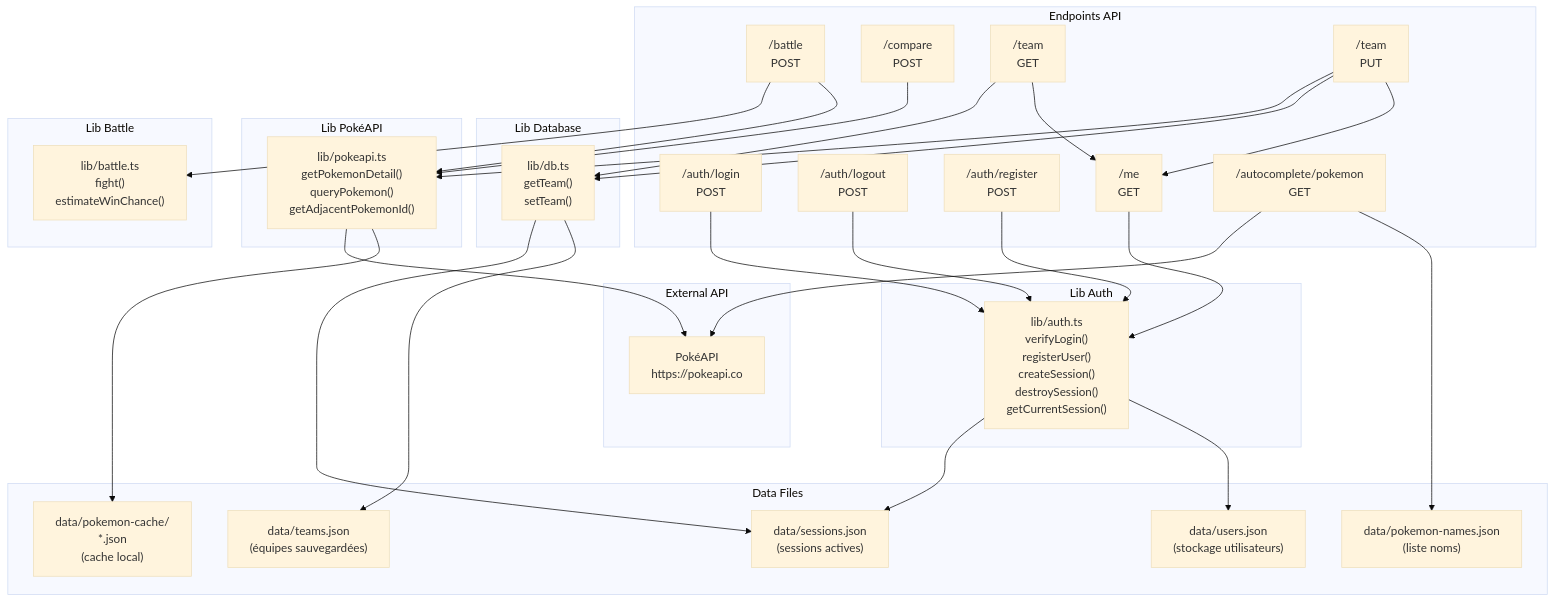
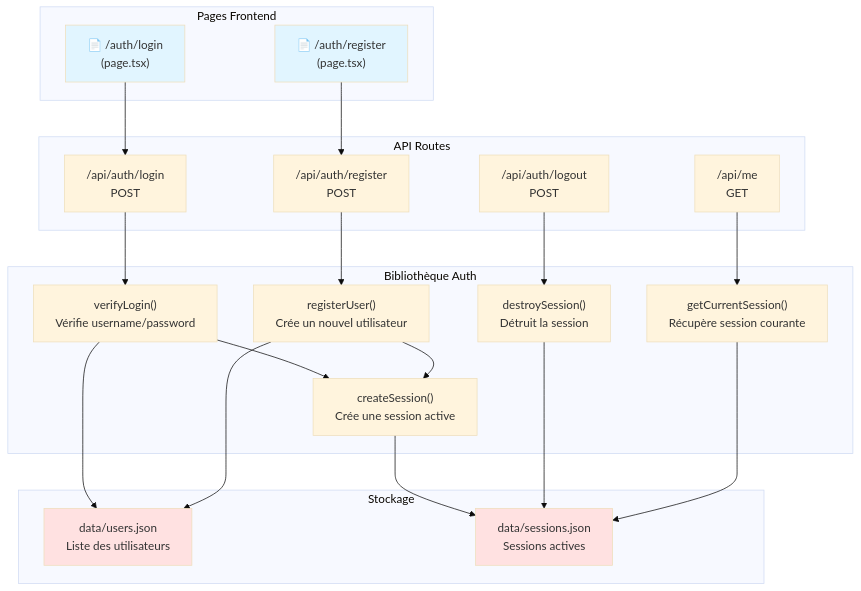
One commit to Thibault-megard1/pokedex-ai-v2 changed the first of 7 diagrams in README.md. Above: the diagram before and after it, drawn with Mermaid (base theme). The commit also changed other lines of this file, not shown here.

Commit message:
feat: enhance README.md with detailed architecture diagrams and authentication flow

````diff
--- a/README.md
+++ b/README.md
@@ -44,70 +49,49 @@
 ```mermaid
 graph TB
-    subgraph "Endpoints API"
-        LOGIN["/auth/login<br/>POST"]
-        LOGOUT["/auth/logout<br/>POST"]
-        REGISTER["/auth/register<br/>POST"]
-        ME["/me<br/>GET"]
-        AUTOCOMPLETE["/autocomplete/pokemon<br/>GET"]
-        BATTLE["/battle<br/>POST"]
-        COMPARE["/compare<br/>POST"]
-        TEAM_GET["/team<br/>GET"]
-        TEAM_PUT["/team<br/>PUT"]
+    subgraph "Pages Frontend"
+        LOGIN_PAGE["📄 /auth/login<br/>(page.tsx)"]
+        REGISTER_PAGE["📄 /auth/register<br/>(page.tsx)"]
     end
 
-    subgraph "Lib Auth"
-        AUTH["lib/auth.ts<br/>verifyLogin()<br/>registerUser()<br/>createSession()<br/>destroySession()<br/>getCurrentSession()"]
+    subgraph "API Routes"
+        LOGIN_API["/api/auth/login<br/>POST"]
+        REGISTER_API["/api/auth/register<br/>POST"]
+        LOGOUT_API["/api/auth/logout<br/>POST"]
+        ME_API["/api/me<br/>GET"]
     end
 
-    subgraph "Lib Database"
-        DB["lib/db.ts<br/>getTeam()<br/>setTeam()"]
+    subgraph "Bibliothèque Auth"
+        VERIFY["verifyLogin()<br/>Vérifie username/password"]
+        REGISTER_USER["registerUser()<br/>Crée un nouvel utilisateur"]
+        CREATE_SESSION["createSession()<br/>Crée une session active"]
+        DESTROY_SESSION["destroySession()<br/>Détruit la session"]
+        GET_SESSION["getCurrentSession()<br/>Récupère session courante"]
     end
 
-    subgraph "Lib PokéAPI"
-        POKEAPI["lib/pokeapi.ts<br/>getPokemonDetail()<br/>queryPokemon()<br/>getAdjacentPokemonId()"]
+    subgraph "Stockage"
+        USERS["data/users.json<br/>Liste des utilisateurs"]
+        SESSIONS["data/sessions.json<br/>Sessions actives"]
     end
 
-    subgraph "Lib Battle"
-        BATTLE_LIB["lib/battle.ts<br/>fight()<br/>estimateWinChance()"]
-    end
-
-    subgraph "Data Files"
-        USERS["data/users.json<br/>(stockage utilisateurs)"]
-        SESSIONS["data/sessions.json<br/>(sessions actives)"]
-        TEAMS["data/teams.json<br/>(équipes sauvegardées)"]
-        CACHE["data/pokemon-cache/<br/>*.json<br/>(cache local)"]
-        NAMES["data/pokemon-names.json<br/>(liste noms)"]
-    end
-
-    subgraph "External API"
-        POKEAPI_EXT["PokéAPI<br/>https://pokeapi.co"]
-    end
-
-    LOGIN --> AUTH
-    LOGOUT --> AUTH
-    REGISTER --> AUTH
-    ME --> AUTH
+    LOGIN_PAGE --> LOGIN_API
+    REGISTER_PAGE --> REGISTER_API
     
-    AUTH --> USERS
-    AUTH --> SESSIONS
+    LOGIN_API --> VERIFY
+    REGISTER_API --> REGISTER_USER
+    LOGOUT_API --> DESTROY_SESSION
+    ME_API --> GET_SESSION
     
-    AUTOCOMPLETE --> NAMES
-    AUTOCOMPLETE --> POKEAPI_EXT
+    VERIFY --> CREATE_SESSION
+    REGISTER_USER --> CREATE_SESSION
     
-    BATTLE --> POKEAPI
-    BATTLE --> BATTLE_LIB
+    VERIFY --> USERS
+    REGISTER_USER --> USERS
+    CREATE_SESSION --> SESSIONS
+    DESTROY_SESSION --> SESSIONS
+    GET_SESSION --> SESSIONS
     
-    COMPARE --> POKEAPI
-    
-    TEAM_GET --> ME
-    TEAM_GET --> DB
-    TEAM_PUT --> ME
-    TEAM_PUT --> DB
-    TEAM_PUT --> POKEAPI
-    
-    POKEAPI --> CACHE
-    POKEAPI --> POKEAPI_EXT
-    
-    DB --> TEAMS
-    DB --> SESSIONS
+    style LOGIN_PAGE fill:#e1f5ff
+    style REGISTER_PAGE fill:#e1f5ff
+    style USERS fill:#ffe1e1
+    style SESSIONS fill:#ffe1e1
 ```
````
